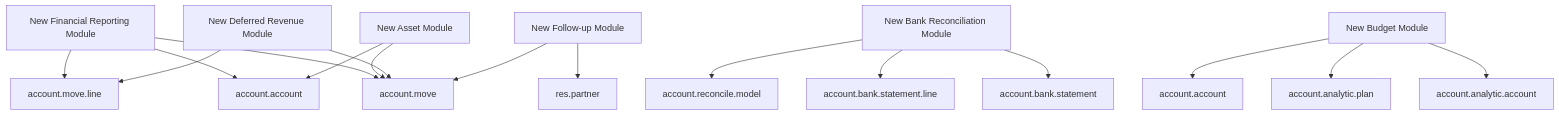
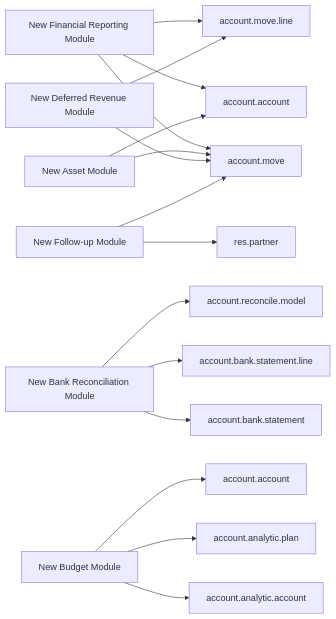
The first of 5 diagrams in docs/technical-specifications.md (blitzy-research/odoo), drawn with Mermaid before and after one commit. The commit also changed other lines of this file and 3 other files, not shown here.

````diff
--- a/docs/technical-specifications.md
+++ b/docs/technical-specifications.md
@@ -297,23 +306,23 @@
 ```mermaid
-graph TD
+graph LR
     A[New Financial Reporting Module] --> B[account.move]
     A --> C[account.move.line]
     A --> D[account.account]
     
     E[New Bank Reconciliation Module] --> F[account.bank.statement]
     E --> G[account.bank.statement.line]
     E --> H[account.reconcile.model]
     
     I[New Budget Module] --> J[account.analytic.account]
     I --> K[account.analytic.plan]
     I --> L[account.account]
     
     M[New Asset Module] --> B
     M --> D
     
     N[New Deferred Revenue Module] --> B
     N --> C
     
     O[New Follow-up Module] --> P[res.partner]
     O --> B
 ```
````
